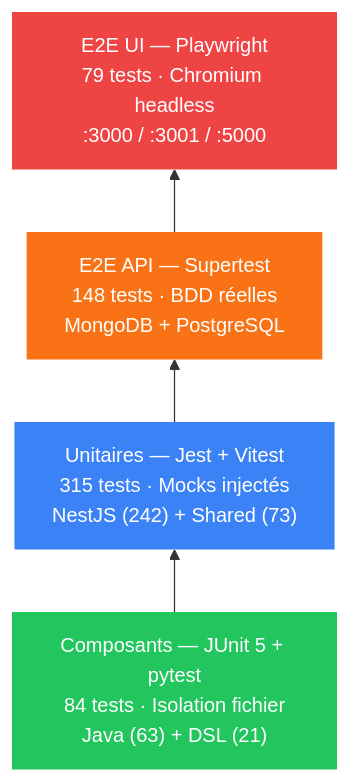
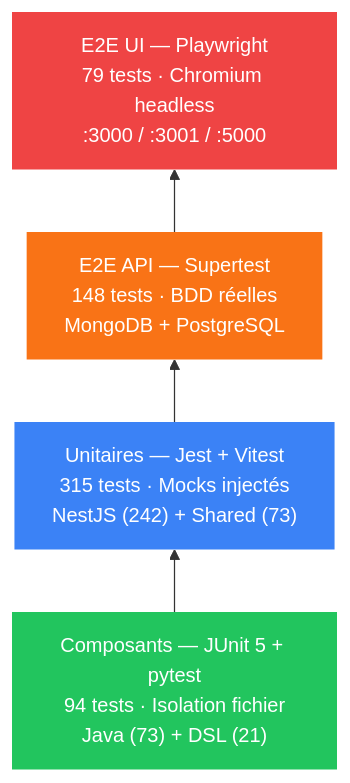
One commit to creibaud/QuartierConnect changed the first of 2 diagrams in docs/TEST.md. Above: the diagram before and after it, drawn with Mermaid. The commit also changed other lines of this file, not shown here.

````diff
--- a/docs/TEST.md
+++ b/docs/TEST.md
@@ -36,19 +52,19 @@
 ```mermaid
 flowchart BT
     classDef e2eui fill:#ef4444,color:#fff,stroke:none
     classDef e2eapi fill:#f97316,color:#fff,stroke:none
     classDef unit fill:#3b82f6,color:#fff,stroke:none
     classDef comp fill:#22c55e,color:#fff,stroke:none
 
     E2EUI["E2E UI — Playwright<br/>79 tests · Chromium headless<br/>:3000 / :3001 / :5000"]
     E2EAPI["E2E API — Supertest<br/>148 tests · BDD réelles<br/>MongoDB + PostgreSQL"]
     UNIT["Unitaires — Jest + Vitest<br/>315 tests · Mocks injectés<br/>NestJS (242) + Shared (73)"]
-    COMP["Composants — JUnit 5 + pytest<br/>84 tests · Isolation fichier<br/>Java (63) + DSL (21)"]
+    COMP["Composants — JUnit 5 + pytest<br/>94 tests · Isolation fichier<br/>Java (73) + DSL (21)"]
 
     COMP --> UNIT --> E2EAPI --> E2EUI
 
     class E2EUI e2eui
     class E2EAPI e2eapi
     class UNIT unit
     class COMP comp
 ```
````
